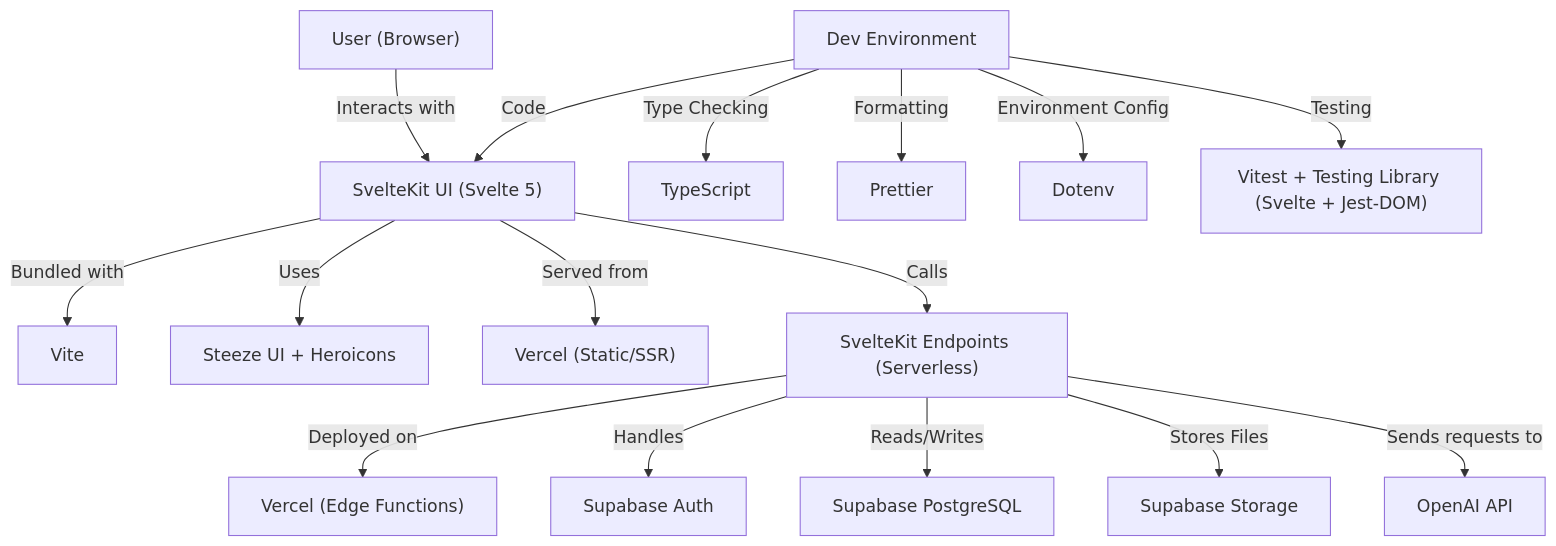
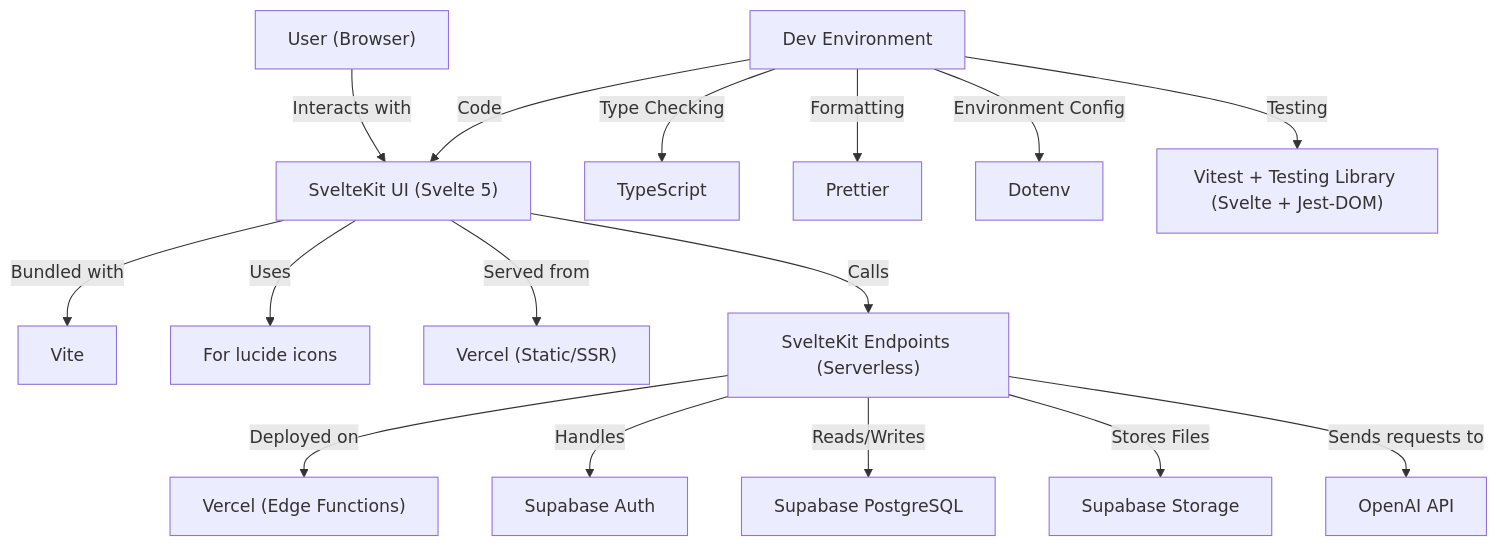
The diagram in README.md (feikegeerts/meal-maestro), drawn with Mermaid before and after one commit. The commit also changed 3 other files, not shown here.

````diff
--- a/README.md
+++ b/README.md
@@ -36,22 +36,22 @@
 ```mermaid
 graph TD
     User["User (Browser)"] -->|Interacts with| Frontend["SvelteKit UI (Svelte 5)"]
     Frontend -->|Bundled with| Vite["Vite"]
-    Frontend -->|Uses| SteezeUI["Steeze UI + Heroicons"]
+    Frontend -->|Uses| iconify["For lucide icons"]
 
     Frontend -->|Served from| VercelFrontend["Vercel (Static/SSR)"]
     Frontend -->|Calls| API["SvelteKit Endpoints (Serverless)"]
     API -->|Deployed on| VercelAPI["Vercel (Edge Functions)"]
 
     API -->|Handles| Auth["Supabase Auth"]
     API -->|Reads/Writes| DB["Supabase PostgreSQL"]
     API -->|Stores Files| Storage["Supabase Storage"]
 
     API -->|Sends requests to| OpenAI["OpenAI API"]
 
     DevTools["Dev Environment"] -->|Code| Frontend
     DevTools -->|Type Checking| TS["TypeScript"]
     DevTools -->|Formatting| Prettier
     DevTools -->|Environment Config| Dotenv
     DevTools -->|Testing| Testing["Vitest + Testing Library (Svelte + Jest-DOM)"]
 ```
````
